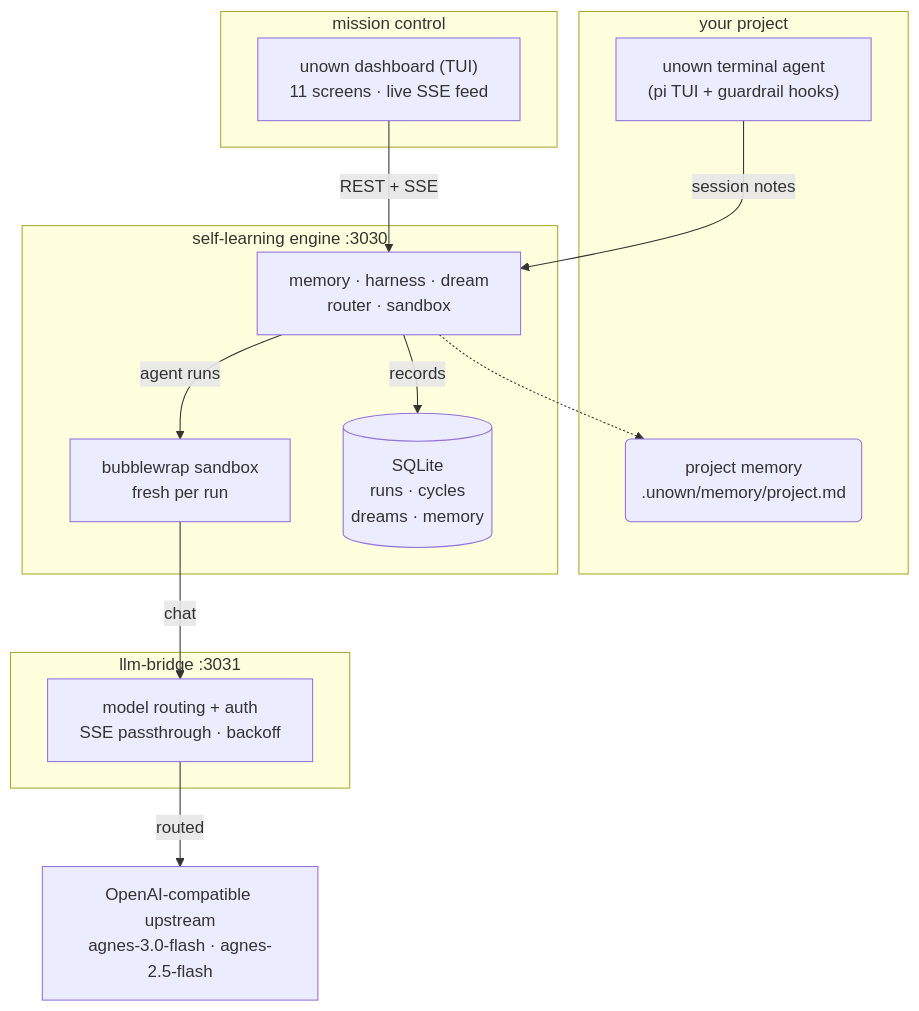
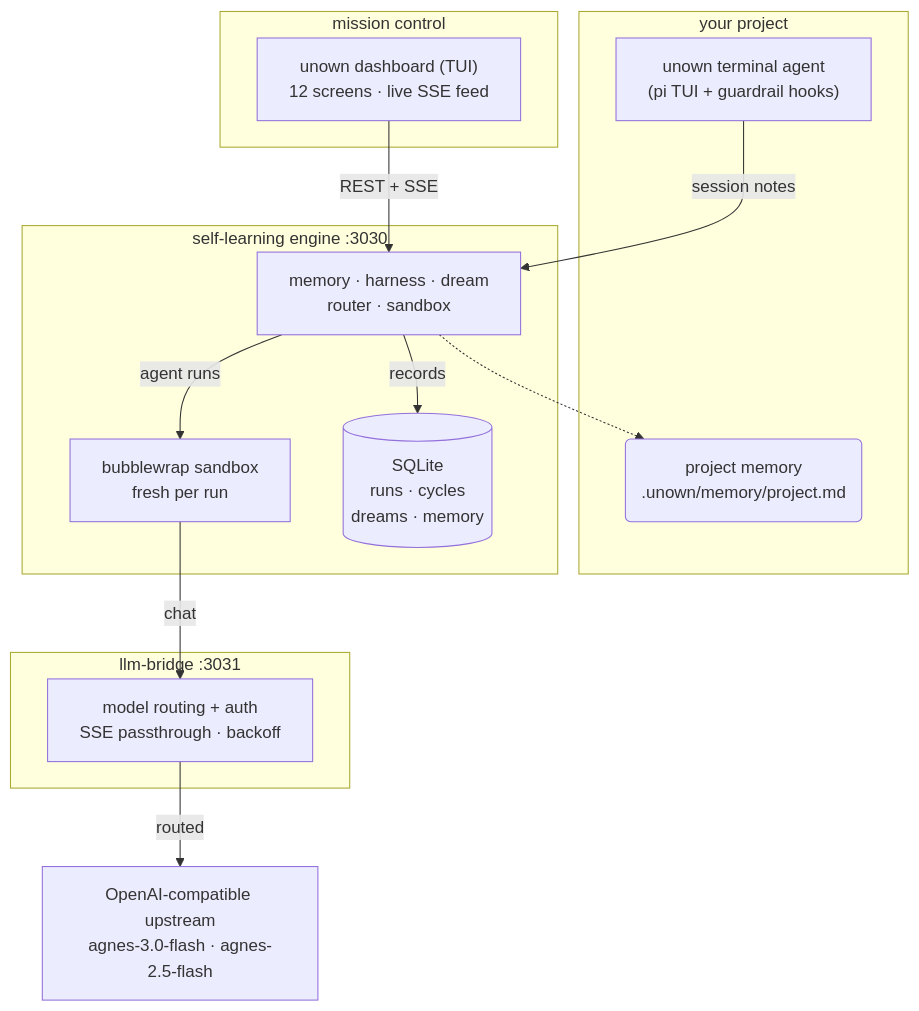
One commit to kanishka-namdeo/Unown changed the first of 2 diagrams in README.md. Above: the diagram before and after it, drawn with Mermaid. The commit also changed other lines of this file and 5 other files, not shown here.

````diff
--- a/README.md
+++ b/README.md
@@ -47,27 +47,27 @@
 ```mermaid
 flowchart TB
     subgraph project["your project"]
         TUI["unown terminal agent<br>(pi TUI + guardrail hooks)"]
         PM("project memory<br>.unown/memory/project.md")
     end
     subgraph dash["mission control"]
-        UI["unown dashboard (TUI)<br>11 screens · live SSE feed"]
+        UI["unown dashboard (TUI)<br>12 screens · live SSE feed"]
     end
     subgraph engine["self-learning engine :3030"]
         ENG["memory · harness · dream<br>router · sandbox"]
         SB["bubblewrap sandbox<br>fresh per run"]
         DB[("SQLite<br>runs · cycles<br>dreams · memory")]
     end
     subgraph bridge["llm-bridge :3031"]
         BR["model routing + auth<br>SSE passthrough · backoff"]
     end
     LLM["OpenAI-compatible upstream<br>agnes-3.0-flash · agnes-2.5-flash"]
 
     TUI -- "session notes" --> ENG
     UI -- "REST + SSE" --> ENG
     ENG -- "agent runs" --> SB
     SB -- "chat" --> BR
     BR -- "routed" --> LLM
     ENG -- "records" --> DB
     ENG -.-> PM
 ```
````
